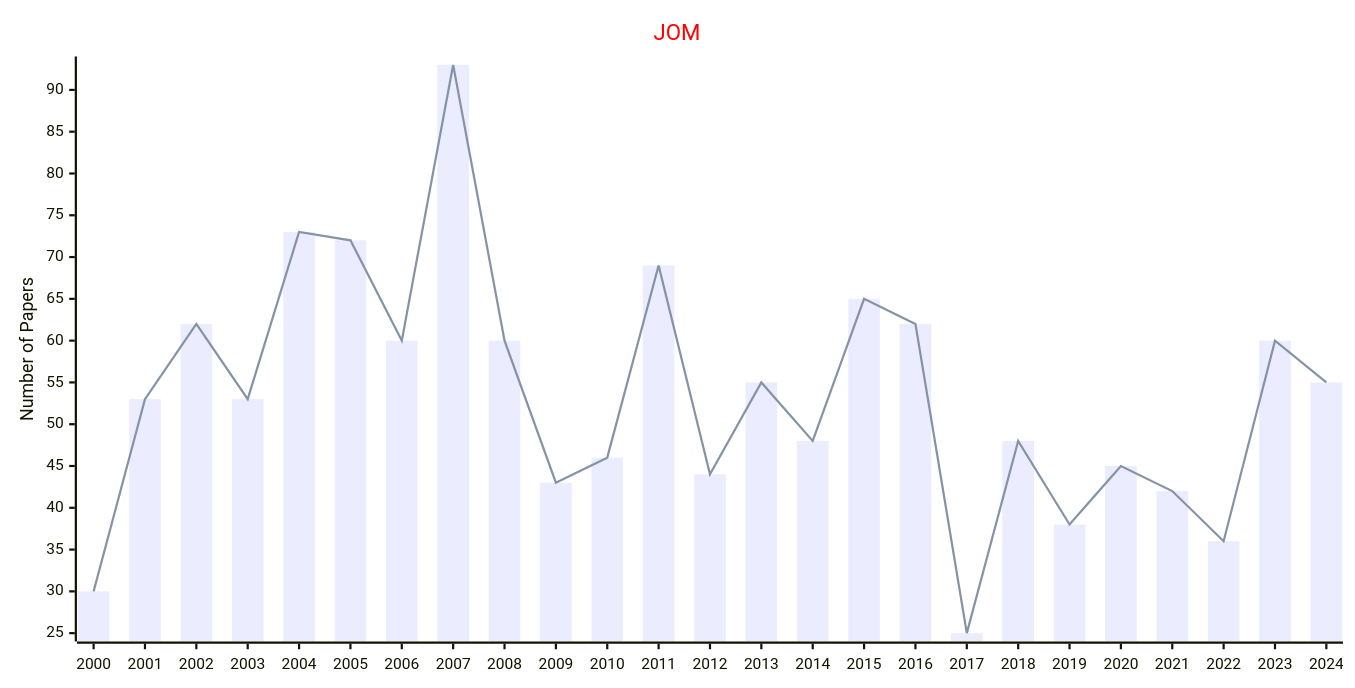
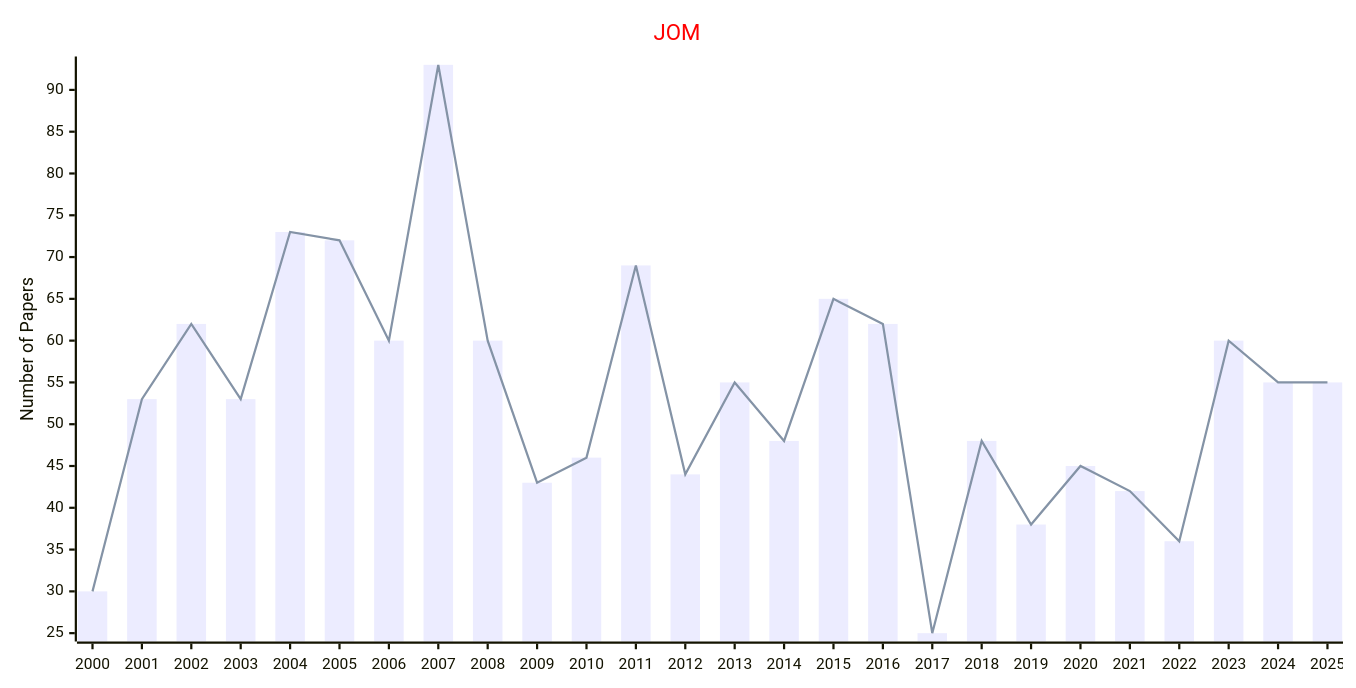
One commit to Easy-PhD/AILinks changed the third of 3 diagrams in docs/data/Journals/Statistics_Journals/Management.md. Above: the diagram before and after it, drawn with Mermaid. The commit also changed 107 other files, not shown here.

````diff
--- a/docs/data/Journals/Statistics_Journals/Management.md
+++ b/docs/data/Journals/Statistics_Journals/Management.md
@@ -57,17 +57,17 @@
 ```mermaid
 ---
 config:
     xyChart:
         width: 1200
         height: 600
     themeVariables:
         xyChart:
             titleColor: "#ff0000"
 ---
 xychart-beta
     title "JOM"
-    x-axis [2000, 2001, 2002, 2003, 2004, 2005, 2006, 2007, 2008, 2009, 2010, 2011, 2012, 2013, 2014, 2015, 2016, 2017, 2018, 2019, 2020, 2021, 2022, 2023, 2024]
+    x-axis [2000, 2001, 2002, 2003, 2004, 2005, 2006, 2007, 2008, 2009, 2010, 2011, 2012, 2013, 2014, 2015, 2016, 2017, 2018, 2019, 2020, 2021, 2022, 2023, 2024, 2025]
     y-axis "Number of Papers"
-    bar [30, 53, 62, 53, 73, 72, 60, 93, 60, 43, 46, 69, 44, 55, 48, 65, 62, 25, 48, 38, 45, 42, 36, 60, 55]
-    line [30, 53, 62, 53, 73, 72, 60, 93, 60, 43, 46, 69, 44, 55, 48, 65, 62, 25, 48, 38, 45, 42, 36, 60, 55]
+    bar [30, 53, 62, 53, 73, 72, 60, 93, 60, 43, 46, 69, 44, 55, 48, 65, 62, 25, 48, 38, 45, 42, 36, 60, 55, 55]
+    line [30, 53, 62, 53, 73, 72, 60, 93, 60, 43, 46, 69, 44, 55, 48, 65, 62, 25, 48, 38, 45, 42, 36, 60, 55, 55]
 ```
````
